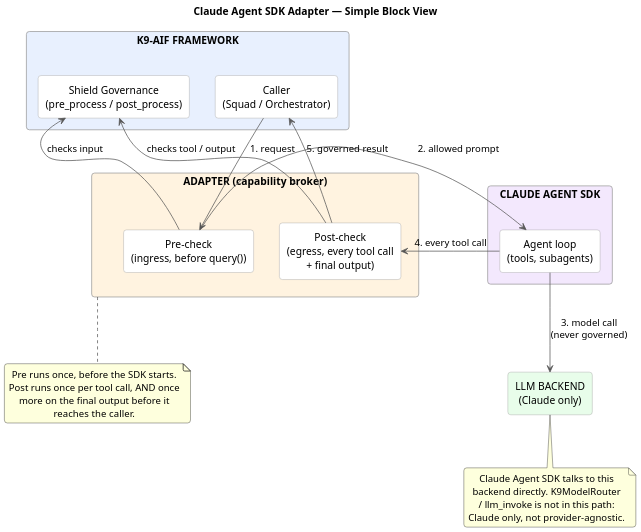
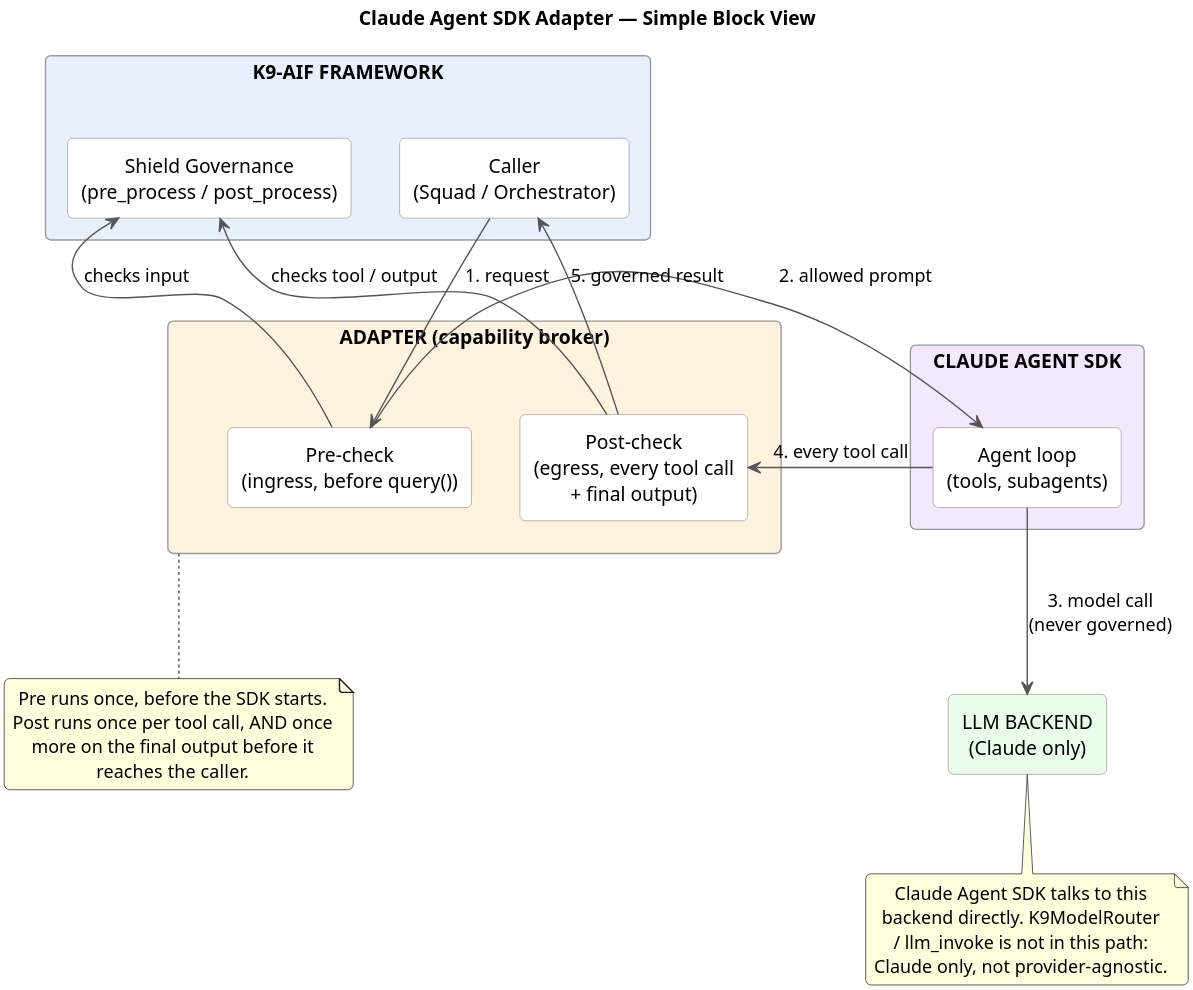
One commit to k9aif/k9-aif-framework changed the diagram in k9_aif_abb/k9_adapters/claude_agent_sdk/docs/block_diagram.puml. Above: the diagram before and after it, drawn with PlantUML. The commit also changed 17 other files, not shown here.

```diff
--- a/k9_aif_abb/k9_adapters/claude_agent_sdk/docs/block_diagram.puml
+++ b/k9_aif_abb/k9_adapters/claude_agent_sdk/docs/block_diagram.puml
@@ -1,55 +1,54 @@
-@startuml block_diagram
+@startuml claude-agent-sdk-block-diagram
 skinparam backgroundColor white
 skinparam shadowing false
 skinparam defaultTextAlignment center
 skinparam roundcorner 8
 skinparam ArrowColor #555555
-skinparam FontName Inter
 skinparam FontSize 13
-skinparam dpi 160
+skinparam dpi 300
 
 skinparam rectangle {
   BorderColor #999999
 }
 
 title Claude Agent SDK Adapter — Simple Block View
 
 rectangle "K9-AIF FRAMEWORK" as Framework #E8F0FE {
   rectangle "Caller\n(Squad / Orchestrator)" as Caller #FFFFFF
   rectangle "Shield Governance\n(pre_process / post_process)" as Shield2 #FFFFFF
 }
 
 rectangle "ADAPTER (capability broker)" as Adapter #FFF3E0 {
   rectangle "Pre-check\n(ingress, before query())" as Pre #FFFFFF
   rectangle "Post-check\n(egress, every tool call\n+ final output)" as Post #FFFFFF
 }
 
 rectangle "CLAUDE AGENT SDK" as SDKBox #F3E8FD {
   rectangle "Agent loop\n(tools, subagents)" as AgentLoop #FFFFFF
 }
 
 rectangle "LLM BACKEND\n(Claude only)" as Backend #E8FDEA
 
 Caller -down-> Pre : 1. request
 Pre -down-> Shield2 : checks input
 Pre -right-> AgentLoop : 2. allowed prompt
 AgentLoop -down-> Backend : 3. model call\n(never governed)
 AgentLoop -left-> Post : 4. every tool call
 Post -up-> Shield2 : checks tool / output
 Post -up-> Caller : 5. governed result
 
 note bottom of Backend
   Claude Agent SDK talks to this
   backend directly. K9ModelRouter
   / llm_invoke is not in this path:
   Claude only, not provider-agnostic.
 end note
 
 note bottom of Adapter
   Pre runs once, before the SDK starts.
   Post runs once per tool call, AND once
   more on the final output before it
   reaches the caller.
 end note
 
 @enduml
```
